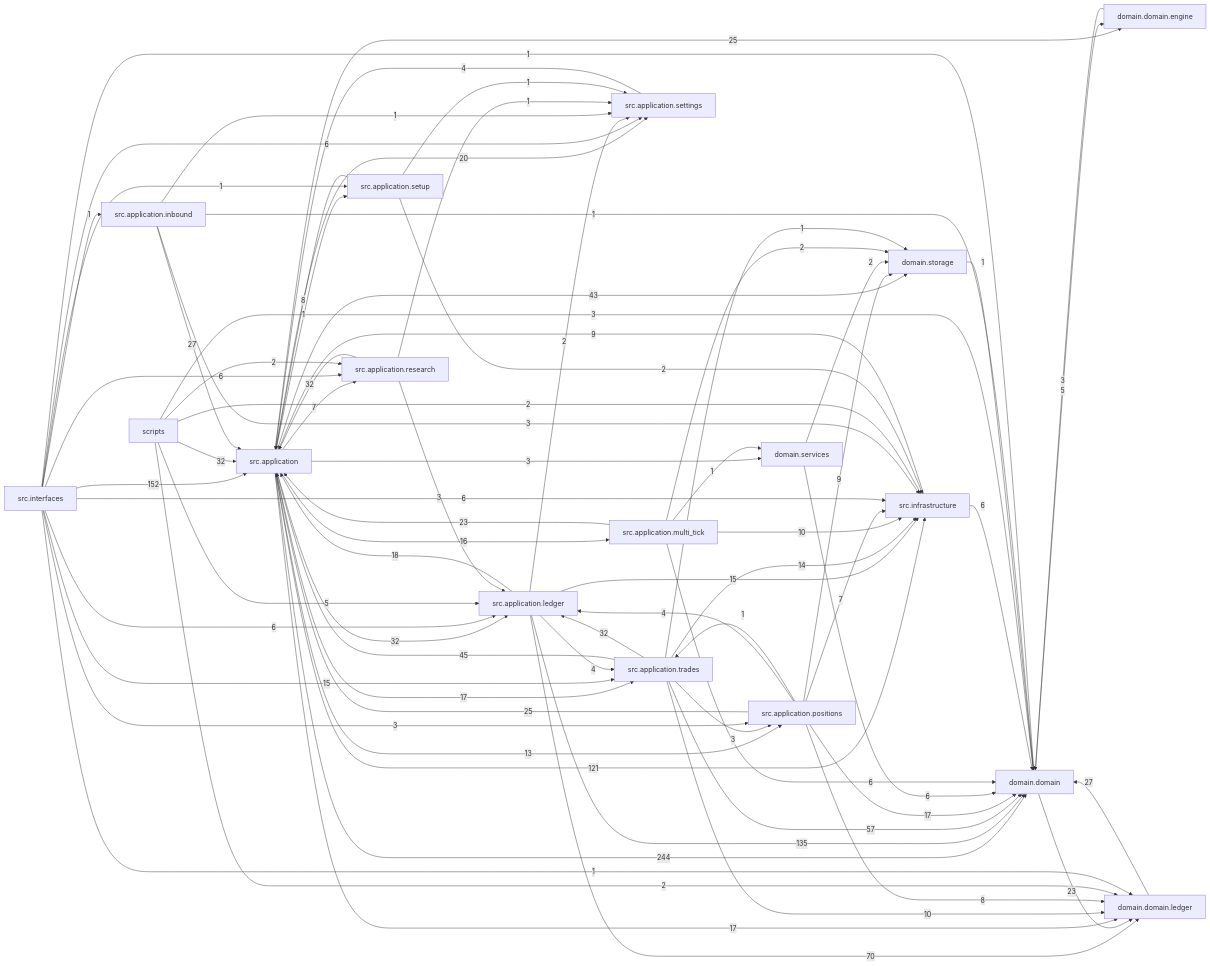
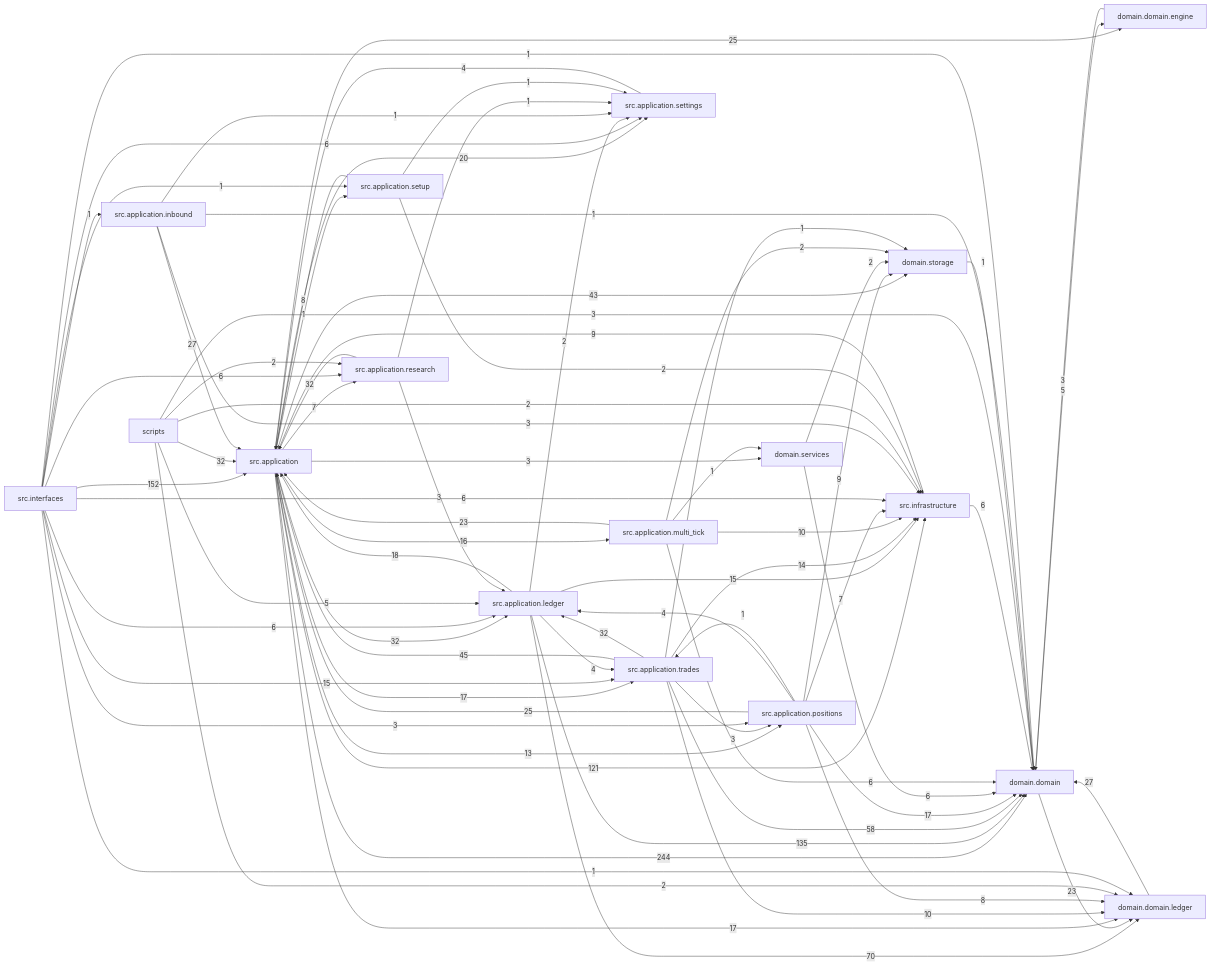
Before and after one commit to liuxie066/options-monitor: the diagram in docs/dependency_graph.mmd, drawn with Mermaid. The commit also changed 14 other files, not shown here.

```diff
--- a/docs/dependency_graph.mmd
+++ b/docs/dependency_graph.mmd
@@ -1,76 +1,76 @@
 flowchart LR
   src_application["src.application"] -->|244| domain_domain["domain.domain"]
   src_interfaces["src.interfaces"] -->|152| src_application["src.application"]
   src_application_ledger["src.application.ledger"] -->|135| domain_domain["domain.domain"]
   src_application["src.application"] -->|121| src_infrastructure["src.infrastructure"]
   src_application_ledger["src.application.ledger"] -->|70| domain_domain_ledger["domain.domain.ledger"]
-  src_application_trades["src.application.trades"] -->|57| domain_domain["domain.domain"]
+  src_application_trades["src.application.trades"] -->|58| domain_domain["domain.domain"]
   src_application_trades["src.application.trades"] -->|45| src_application["src.application"]
   src_application["src.application"] -->|43| domain_storage["domain.storage"]
   scripts["scripts"] -->|32| src_application["src.application"]
   src_application["src.application"] -->|32| src_application_ledger["src.application.ledger"]
   src_application_research["src.application.research"] -->|32| src_application["src.application"]
   src_application_trades["src.application.trades"] -->|32| src_application_ledger["src.application.ledger"]
   domain_domain_ledger["domain.domain.ledger"] -->|27| domain_domain["domain.domain"]
   src_application_inbound["src.application.inbound"] -->|27| src_application["src.application"]
   src_application["src.application"] -->|25| domain_domain_engine["domain.domain.engine"]
   src_application_positions["src.application.positions"] -->|25| src_application["src.application"]
   domain_domain["domain.domain"] -->|23| domain_domain_ledger["domain.domain.ledger"]
   src_application_multi_tick["src.application.multi_tick"] -->|23| src_application["src.application"]
   src_application["src.application"] -->|20| src_application_settings["src.application.settings"]
   src_application_ledger["src.application.ledger"] -->|18| src_application["src.application"]
   src_application["src.application"] -->|17| domain_domain_ledger["domain.domain.ledger"]
   src_application["src.application"] -->|17| src_application_trades["src.application.trades"]
   src_application_positions["src.application.positions"] -->|17| domain_domain["domain.domain"]
   src_application["src.application"] -->|16| src_application_multi_tick["src.application.multi_tick"]
   src_application_ledger["src.application.ledger"] -->|15| src_infrastructure["src.infrastructure"]
   src_interfaces["src.interfaces"] -->|15| src_application_trades["src.application.trades"]
   src_application_trades["src.application.trades"] -->|14| src_infrastructure["src.infrastructure"]
   src_application["src.application"] -->|13| src_application_positions["src.application.positions"]
   src_application_multi_tick["src.application.multi_tick"] -->|10| src_infrastructure["src.infrastructure"]
   src_application_trades["src.application.trades"] -->|10| domain_domain_ledger["domain.domain.ledger"]
   src_application_positions["src.application.positions"] -->|9| domain_storage["domain.storage"]
   src_infrastructure["src.infrastructure"] -->|9| src_application["src.application"]
   src_application_positions["src.application.positions"] -->|8| domain_domain_ledger["domain.domain.ledger"]
   src_application_setup["src.application.setup"] -->|8| src_application["src.application"]
   src_application["src.application"] -->|7| src_application_research["src.application.research"]
   src_application_positions["src.application.positions"] -->|7| src_infrastructure["src.infrastructure"]
   domain_services["domain.services"] -->|6| domain_domain["domain.domain"]
   src_application_multi_tick["src.application.multi_tick"] -->|6| domain_domain["domain.domain"]
   src_infrastructure["src.infrastructure"] -->|6| domain_domain["domain.domain"]
   src_interfaces["src.interfaces"] -->|6| src_application_ledger["src.application.ledger"]
   src_interfaces["src.interfaces"] -->|6| src_application_research["src.application.research"]
   src_interfaces["src.interfaces"] -->|6| src_application_settings["src.application.settings"]
   src_interfaces["src.interfaces"] -->|6| src_infrastructure["src.infrastructure"]
   domain_domain["domain.domain"] -->|5| domain_domain_engine["domain.domain.engine"]
   scripts["scripts"] -->|5| src_application_ledger["src.application.ledger"]
   src_application_ledger["src.application.ledger"] -->|4| src_application_trades["src.application.trades"]
   src_application_positions["src.application.positions"] -->|4| src_application_ledger["src.application.ledger"]
   src_application_settings["src.application.settings"] -->|4| src_application["src.application"]
   domain_domain_engine["domain.domain.engine"] -->|3| domain_domain["domain.domain"]
   scripts["scripts"] -->|3| domain_domain["domain.domain"]
   src_application["src.application"] -->|3| domain_services["domain.services"]
   src_application_inbound["src.application.inbound"] -->|3| src_infrastructure["src.infrastructure"]
   src_application_research["src.application.research"] -->|3| src_application_ledger["src.application.ledger"]
   src_application_trades["src.application.trades"] -->|3| src_application_positions["src.application.positions"]
   src_interfaces["src.interfaces"] -->|3| src_application_positions["src.application.positions"]
   domain_services["domain.services"] -->|2| domain_storage["domain.storage"]
   scripts["scripts"] -->|2| domain_domain_ledger["domain.domain.ledger"]
   scripts["scripts"] -->|2| src_application_research["src.application.research"]
   scripts["scripts"] -->|2| src_infrastructure["src.infrastructure"]
   src_application_ledger["src.application.ledger"] -->|2| src_application_settings["src.application.settings"]
   src_application_multi_tick["src.application.multi_tick"] -->|2| domain_storage["domain.storage"]
   src_application_setup["src.application.setup"] -->|2| src_infrastructure["src.infrastructure"]
   domain_storage["domain.storage"] -->|1| domain_domain["domain.domain"]
   src_application["src.application"] -->|1| src_application_setup["src.application.setup"]
   src_application_inbound["src.application.inbound"] -->|1| domain_domain["domain.domain"]
   src_application_inbound["src.application.inbound"] -->|1| src_application_settings["src.application.settings"]
   src_application_multi_tick["src.application.multi_tick"] -->|1| domain_services["domain.services"]
   src_application_positions["src.application.positions"] -->|1| src_application_trades["src.application.trades"]
   src_application_research["src.application.research"] -->|1| src_application_settings["src.application.settings"]
   src_application_setup["src.application.setup"] -->|1| src_application_settings["src.application.settings"]
   src_application_trades["src.application.trades"] -->|1| domain_storage["domain.storage"]
   src_interfaces["src.interfaces"] -->|1| domain_domain["domain.domain"]
   src_interfaces["src.interfaces"] -->|1| domain_domain_ledger["domain.domain.ledger"]
   src_interfaces["src.interfaces"] -->|1| src_application_inbound["src.application.inbound"]
   src_interfaces["src.interfaces"] -->|1| src_application_setup["src.application.setup"]
```
